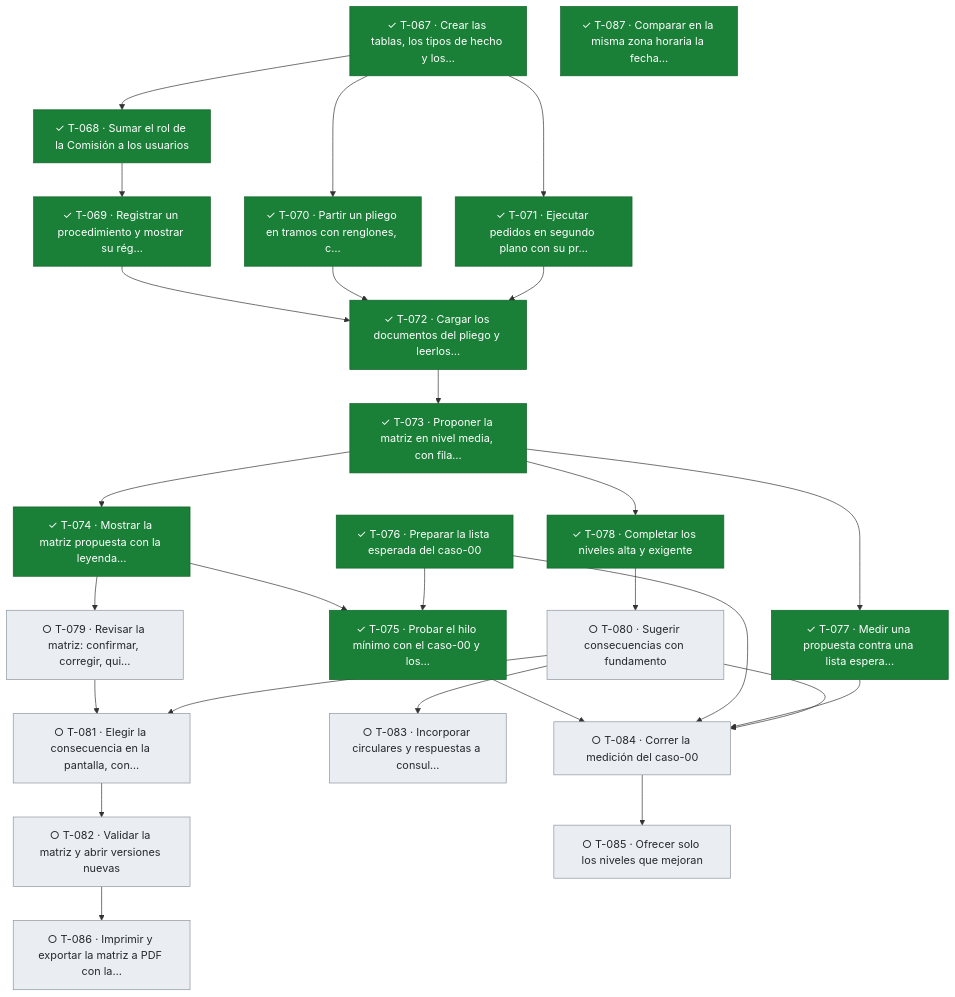
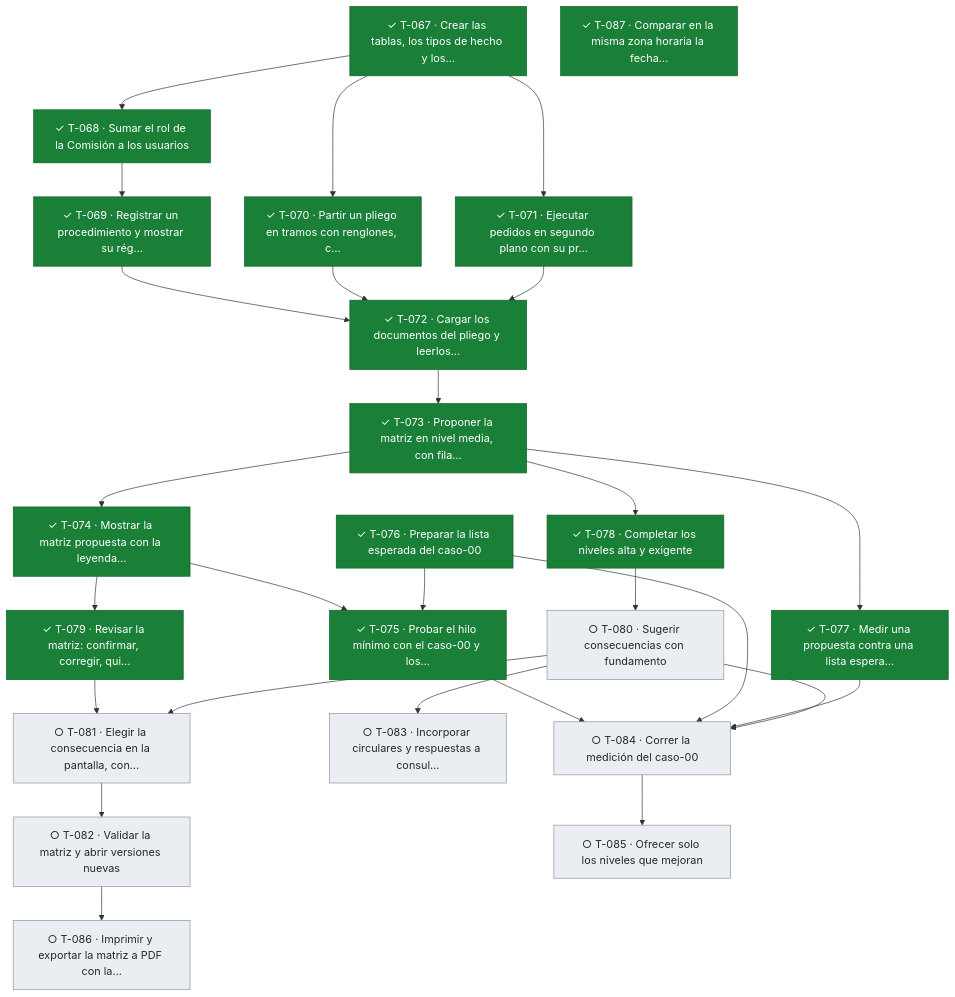
One commit to snavello/EVALUON changed the fifth of 5 diagrams in docs/tablero.md. Above: the diagram before and after it, drawn with Mermaid. The commit also changed other lines of this file and 1 other file, not shown here.

````diff
--- a/docs/tablero.md
+++ b/docs/tablero.md
@@ -400,54 +400,54 @@
 ```mermaid
 flowchart TD
   T067["✓ T-067 · Crear las tablas, los tipos de hecho y los…"]:::done
   T068["✓ T-068 · Sumar el rol de la Comisión a los usuarios"]:::done
   T069["✓ T-069 · Registrar un procedimiento y mostrar su rég…"]:::done
   T070["✓ T-070 · Partir un pliego en tramos con renglones, c…"]:::done
   T071["✓ T-071 · Ejecutar pedidos en segundo plano con su pr…"]:::done
   T072["✓ T-072 · Cargar los documentos del pliego y leerlos…"]:::done
   T073["✓ T-073 · Proponer la matriz en nivel media, con fila…"]:::done
   T074["✓ T-074 · Mostrar la matriz propuesta con la leyenda…"]:::done
   T075["✓ T-075 · Probar el hilo mínimo con el caso-00 y los…"]:::done
   T076["✓ T-076 · Preparar la lista esperada del caso-00"]:::done
   T077["✓ T-077 · Medir una propuesta contra una lista espera…"]:::done
   T078["✓ T-078 · Completar los niveles alta y exigente"]:::done
-  T079["○ T-079 · Revisar la matriz: confirmar, corregir, qui…"]:::todo
+  T079["✓ T-079 · Revisar la matriz: confirmar, corregir, qui…"]:::done
   T080["○ T-080 · Sugerir consecuencias con fundamento"]:::todo
   T081["○ T-081 · Elegir la consecuencia en la pantalla, con…"]:::todo
   T082["○ T-082 · Validar la matriz y abrir versiones nuevas"]:::todo
   T083["○ T-083 · Incorporar circulares y respuestas a consul…"]:::todo
   T084["○ T-084 · Correr la medición del caso-00"]:::todo
   T085["○ T-085 · Ofrecer solo los niveles que mejoran"]:::todo
   T086["○ T-086 · Imprimir y exportar la matriz a PDF con la…"]:::todo
   T087["✓ T-087 · Comparar en la misma zona horaria la fecha…"]:::done
   T067 --> T068
   T068 --> T069
   T067 --> T070
   T067 --> T071
   T069 --> T072
   T070 --> T072
   T071 --> T072
   T072 --> T073
   T073 --> T074
   T074 --> T075
   T076 --> T075
   T073 --> T077
   T073 --> T078
   T074 --> T079
   T078 --> T080
   T079 --> T081
   T080 --> T081
   T081 --> T082
   T080 --> T083
   T075 --> T084
   T076 --> T084
   T077 --> T084
   T080 --> T084
   T084 --> T085
   T082 --> T086
   classDef done fill:#1a7f37,stroke:#116329,color:#ffffff
   classDef review fill:#0969da,stroke:#0550ae,color:#ffffff
   classDef active fill:#bf8700,stroke:#7d4e00,color:#ffffff
   classDef blocked fill:#cf222e,stroke:#a40e26,color:#ffffff
   classDef todo fill:#eaeef2,stroke:#8c959f,color:#24292f
 ```
````
